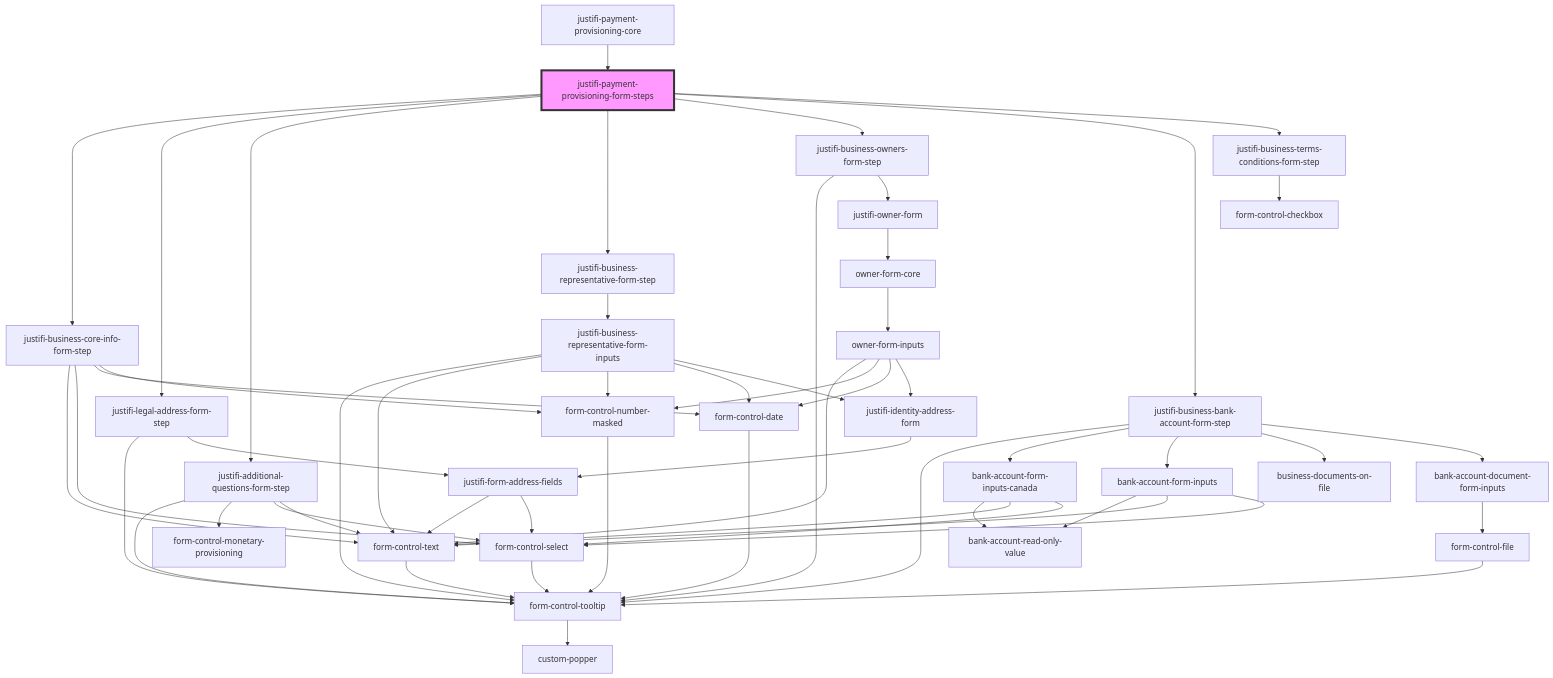
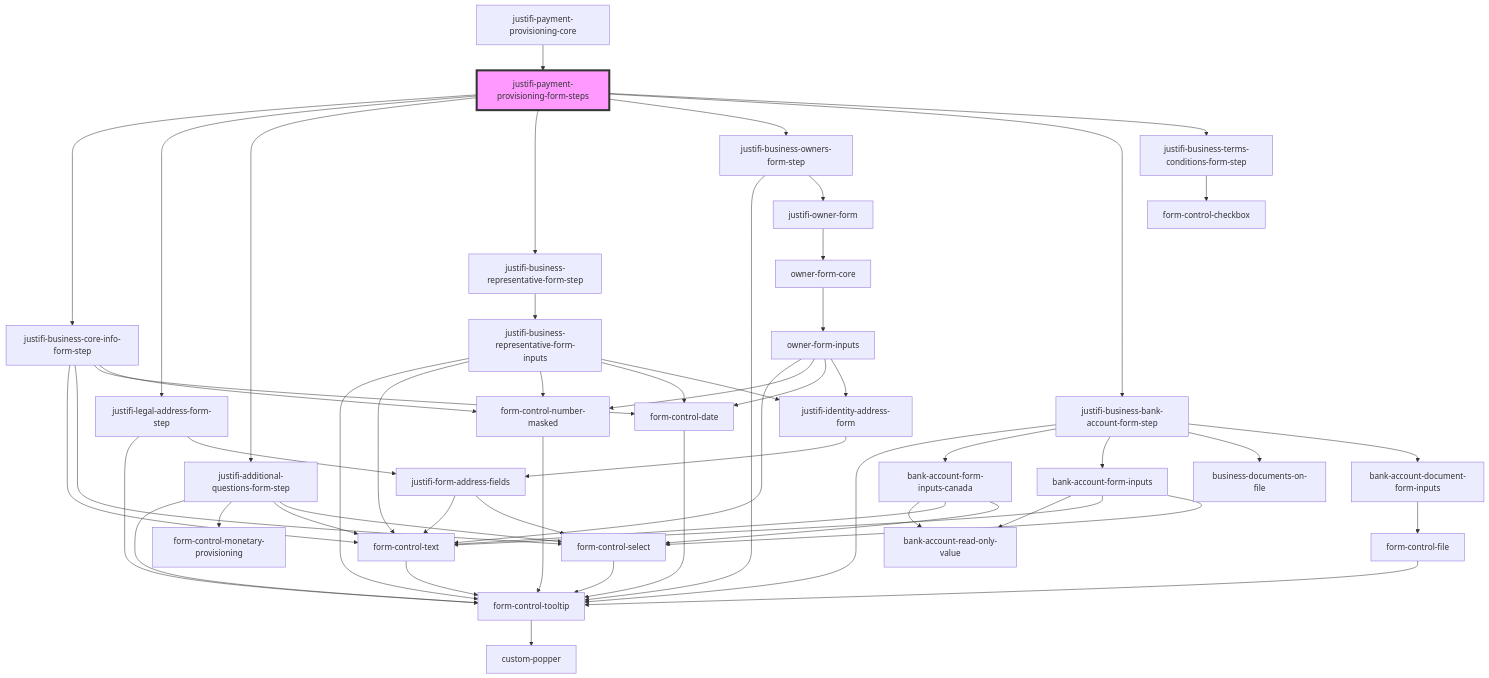
Before and after one commit to justifi-tech/web-component-library: the diagram in packages/webcomponents/src/components/business-forms/payment-provisioning/readme.md, drawn with Mermaid. The commit also changed other lines of this file and 1 other file, not shown here.

````diff
--- a/packages/webcomponents/src/components/business-forms/payment-provisioning/readme.md
+++ b/packages/webcomponents/src/components/business-forms/payment-provisioning/readme.md
@@ -36,58 +36,58 @@
 ```mermaid
 graph TD;
   justifi-payment-provisioning-form-steps --> justifi-business-core-info-form-step
   justifi-payment-provisioning-form-steps --> justifi-legal-address-form-step
   justifi-payment-provisioning-form-steps --> justifi-additional-questions-form-step
   justifi-payment-provisioning-form-steps --> justifi-business-representative-form-step
   justifi-payment-provisioning-form-steps --> justifi-business-owners-form-step
   justifi-payment-provisioning-form-steps --> justifi-business-bank-account-form-step
   justifi-payment-provisioning-form-steps --> justifi-business-terms-conditions-form-step
   justifi-business-core-info-form-step --> form-control-text
   justifi-business-core-info-form-step --> form-control-select
   justifi-business-core-info-form-step --> form-control-date
   justifi-business-core-info-form-step --> form-control-number-masked
   form-control-text --> form-control-tooltip
   form-control-tooltip --> custom-popper
   form-control-select --> form-control-tooltip
   form-control-date --> form-control-tooltip
   form-control-number-masked --> form-control-tooltip
   justifi-legal-address-form-step --> form-control-tooltip
   justifi-legal-address-form-step --> justifi-form-address-fields
   justifi-form-address-fields --> form-control-text
   justifi-form-address-fields --> form-control-select
   justifi-additional-questions-form-step --> form-control-tooltip
   justifi-additional-questions-form-step --> form-control-monetary-provisioning
+  justifi-additional-questions-form-step --> form-control-text
   justifi-additional-questions-form-step --> form-control-select
-  justifi-additional-questions-form-step --> form-control-text
   justifi-business-representative-form-step --> justifi-business-representative-form-inputs
   justifi-business-representative-form-inputs --> form-control-tooltip
   justifi-business-representative-form-inputs --> form-control-text
   justifi-business-representative-form-inputs --> form-control-number-masked
   justifi-business-representative-form-inputs --> form-control-date
   justifi-business-representative-form-inputs --> justifi-identity-address-form
   justifi-identity-address-form --> justifi-form-address-fields
   justifi-business-owners-form-step --> form-control-tooltip
   justifi-business-owners-form-step --> justifi-owner-form
   justifi-owner-form --> owner-form-core
   owner-form-core --> owner-form-inputs
   owner-form-inputs --> form-control-text
   owner-form-inputs --> form-control-number-masked
   owner-form-inputs --> form-control-date
   owner-form-inputs --> justifi-identity-address-form
   justifi-business-bank-account-form-step --> form-control-tooltip
   justifi-business-bank-account-form-step --> bank-account-form-inputs-canada
   justifi-business-bank-account-form-step --> bank-account-form-inputs
   justifi-business-bank-account-form-step --> business-documents-on-file
   justifi-business-bank-account-form-step --> bank-account-document-form-inputs
   bank-account-form-inputs-canada --> bank-account-read-only-value
   bank-account-form-inputs-canada --> form-control-text
   bank-account-form-inputs-canada --> form-control-select
   bank-account-form-inputs --> bank-account-read-only-value
   bank-account-form-inputs --> form-control-text
   bank-account-form-inputs --> form-control-select
   bank-account-document-form-inputs --> form-control-file
   form-control-file --> form-control-tooltip
   justifi-business-terms-conditions-form-step --> form-control-checkbox
   justifi-payment-provisioning-core --> justifi-payment-provisioning-form-steps
   style justifi-payment-provisioning-form-steps fill:#f9f,stroke:#333,stroke-width:4px
 ```
````
